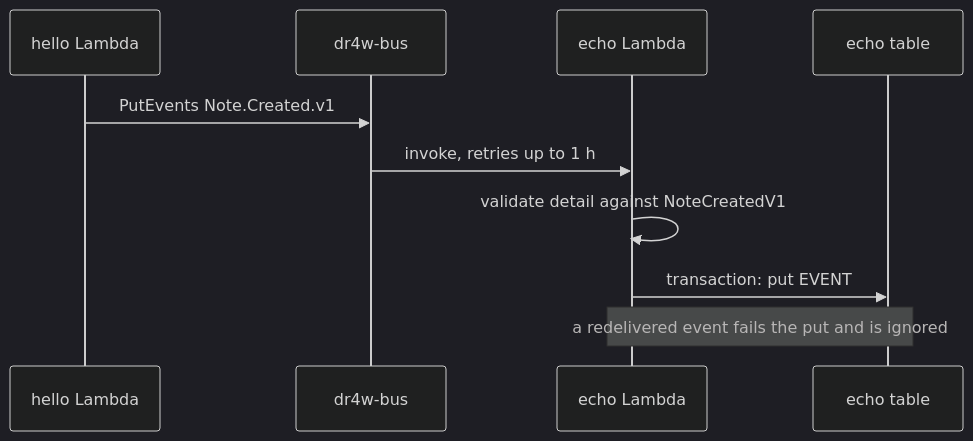
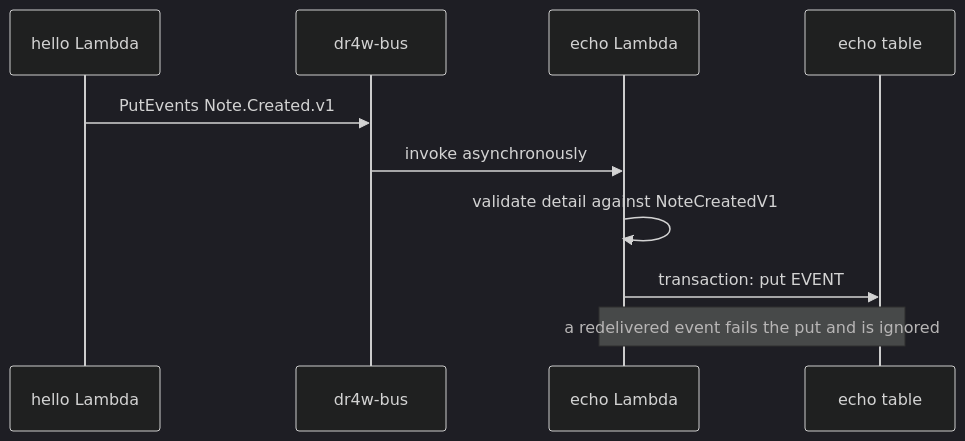
Before and after one commit to Dr4wOne/dr4w: the second of 2 diagrams in docs/handbook/08-connecting-projects.md, drawn with Mermaid (dark theme). The commit also changed other lines of this file and 28 other files, not shown here.

````diff
--- a/docs/handbook/08-connecting-projects.md
+++ b/docs/handbook/08-connecting-projects.md
@@ -54,12 +59,12 @@
 ```mermaid
 sequenceDiagram
   participant H as hello Lambda
   participant B as dr4w-bus
   participant E as echo Lambda
   participant T as echo table
   H->>B: PutEvents Note.Created.v1
-  B->>E: invoke, retries up to 1 h
+  B->>E: invoke asynchronously
   E->>E: validate detail against NoteCreatedV1
   E->>T: transaction: put EVENT#id + add 1 to COUNTER
   Note over E,T: a redelivered event fails the put and is ignored
 ```
````
